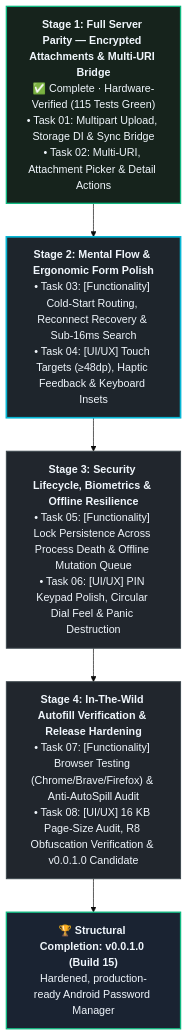
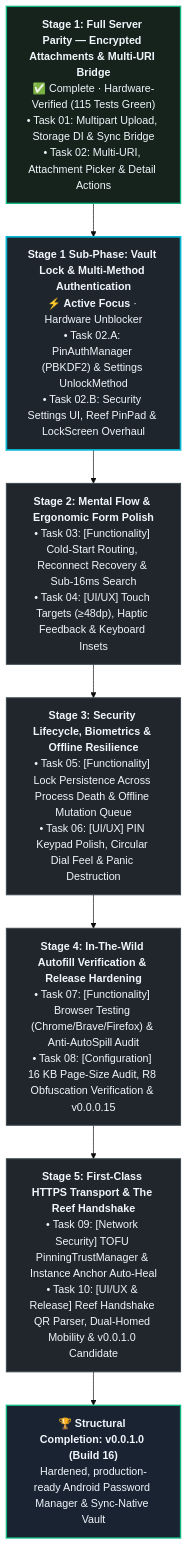
The diagram in ROADMAP.md (ClawStackStudios/ShellGuard-Mobile), drawn with Mermaid (base theme) before and after one commit. The commit also changed other lines of this file and 13 other files, not shown here.

First line of the commit message:
feat(vault): in-place re-authentication and PBKDF2-SHA256 PIN unlock

````diff
--- a/ROADMAP.md
+++ b/ROADMAP.md
@@ -26,19 +26,23 @@
 ```mermaid
 flowchart TD
     classDef completedStage fill:#16231C,stroke:#10B981,stroke-width:2px,color:#F0F6FC;
     classDef activeStage fill:#1E252C,stroke:#06B6D4,stroke-width:2.5px,color:#F0F6FC;
     classDef futureStage fill:#21262D,stroke:#3D484E,stroke-width:1.5px,color:#F0F6FC;
     classDef targetMilestone fill:#1A2332,stroke:#10B981,stroke-width:2px,color:#F0F6FC;
 
     S1["<b>Stage 1: Full Server Parity — Encrypted Attachments & Multi-URI Bridge</b><br/>✅ Complete · Hardware-Verified (115 Tests Green)<br/>• Task 01: Multipart Upload, Storage DI & Sync Bridge<br/>• Task 02: Multi-URI, Attachment Picker & Detail Actions"]:::completedStage
 
-    S2["<b>Stage 2: Mental Flow & Ergonomic Form Polish</b><br/>• Task 03: [Functionality] Cold-Start Routing, Reconnect Recovery & Sub-16ms Search<br/>• Task 04: [UI/UX] Touch Targets (≥48dp), Haptic Feedback & Keyboard Insets"]:::activeStage
+    S1_SUB["<b>Stage 1 Sub-Phase: Vault Lock & Multi-Method Authentication</b><br/>⚡ <b>Active Focus</b> · Hardware Unblocker<br/>• Task 02.A: PinAuthManager (PBKDF2) & Settings UnlockMethod<br/>• Task 02.B: Security Settings UI, Reef PinPad & LockScreen Overhaul"]:::activeStage
+
+    S2["<b>Stage 2: Mental Flow & Ergonomic Form Polish</b><br/>• Task 03: [Functionality] Cold-Start Routing, Reconnect Recovery & Sub-16ms Search<br/>• Task 04: [UI/UX] Touch Targets (≥48dp), Haptic Feedback & Keyboard Insets"]:::futureStage
 
     S3["<b>Stage 3: Security Lifecycle, Biometrics & Offline Resilience</b><br/>• Task 05: [Functionality] Lock Persistence Across Process Death & Offline Mutation Queue<br/>• Task 06: [UI/UX] PIN Keypad Polish, Circular Dial Feel & Panic Destruction"]:::futureStage
 
-    S4["<b>Stage 4: In-The-Wild Autofill Verification & Release Hardening</b><br/>• Task 07: [Functionality] Browser Testing (Chrome/Brave/Firefox) & Anti-AutoSpill Audit<br/>• Task 08: [UI/UX] 16 KB Page-Size Audit, R8 Obfuscation Verification & v0.0.1.0 Candidate"]:::futureStage
+    S4["<b>Stage 4: In-The-Wild Autofill Verification & Release Hardening</b><br/>• Task 07: [Functionality] Browser Testing (Chrome/Brave/Firefox) & Anti-AutoSpill Audit<br/>• Task 08: [Configuration] 16 KB Page-Size Audit, R8 Obfuscation Verification & v0.0.0.15"]:::futureStage
 
-    M1["<b>🏆 Structural Completion: v0.0.1.0 (Build 15)</b><br/>Hardened, production-ready Android Password Manager"]:::targetMilestone
+    S5["<b>Stage 5: First-Class HTTPS Transport & The Reef Handshake</b><br/>• Task 09: [Network Security] TOFU PinningTrustManager & Instance Anchor Auto-Heal<br/>• Task 10: [UI/UX & Release] Reef Handshake QR Parser, Dual-Homed Mobility & v0.0.1.0 Candidate"]:::futureStage
 
-    S1 --> S2 --> S3 --> S4 --> M1
+    M1["<b>🏆 Structural Completion: v0.0.1.0 (Build 16)</b><br/>Hardened, production-ready Android Password Manager & Sync-Native Vault"]:::targetMilestone
+
+    S1 --> S1_SUB --> S2 --> S3 --> S4 --> S5 --> M1
 ```
````
